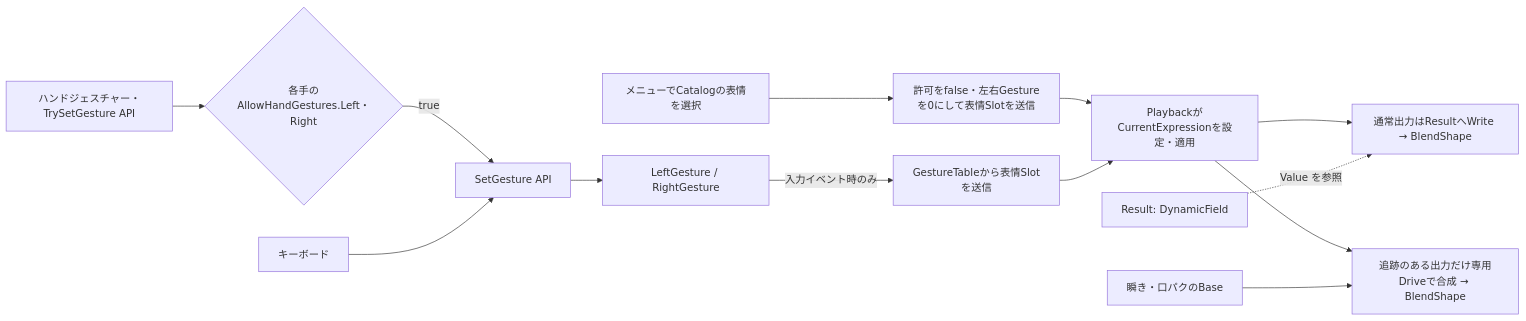
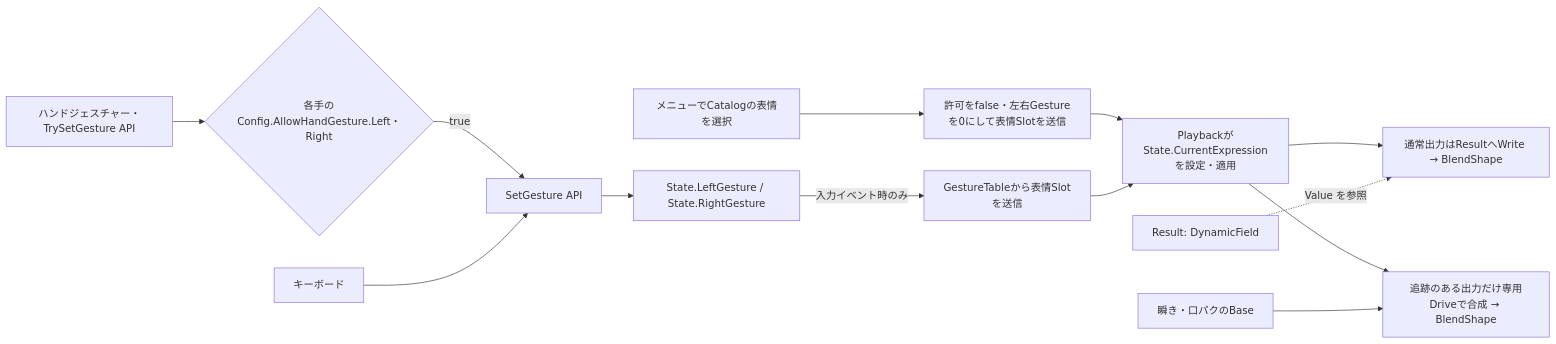
The diagram in docs/expression-system.md (orange3134/VRMtoResonitePackage), drawn with Mermaid before and after one commit. The commit also changed other lines of this file and 25 other files, not shown here.

````diff
--- a/docs/expression-system.md
+++ b/docs/expression-system.md
@@ -245,15 +259,15 @@
 ```mermaid
 flowchart LR
-    H[ハンドジェスチャー・TrySetGesture API] --> G{各手のAllowHandGestures.Left・Right}
+    H[ハンドジェスチャー・TrySetGesture API] --> G{各手のConfig.AllowHandGesture.Left・Right}
     G -->|true| U[SetGesture API]
     K[キーボード] --> U
-    U --> S[LeftGesture / RightGesture]
+    U --> S[State.LeftGesture / State.RightGesture]
     D[メニューでCatalogの表情を選択] --> T[許可をfalse・左右Gestureを0にして表情Slotを送信]
     T --> R
     S -->|入力イベント時のみ| P[GestureTableから表情Slotを送信]
-    P --> R[PlaybackがCurrentExpressionを設定・適用]
+    P --> R[PlaybackがState.CurrentExpressionを設定・適用]
     R --> V[通常出力はResultへWrite → BlendShape]
     R --> Q[追跡のある出力だけ専用Driveで合成 → BlendShape]
     B[瞬き・口パクのBase] --> Q
     Result[Result: DynamicField] -. Value を参照 .-> V
 ```
````
